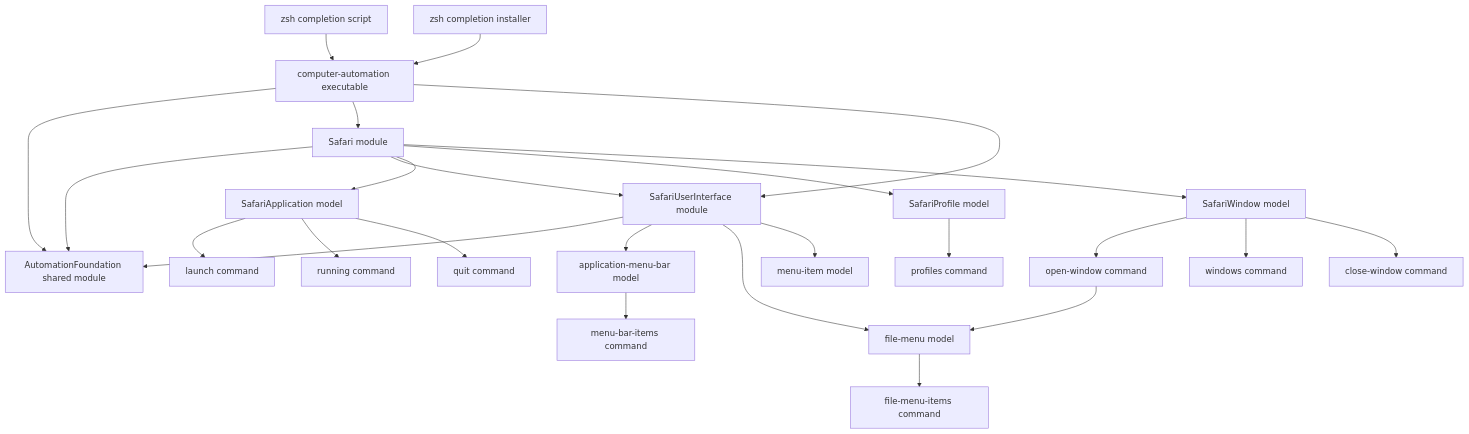
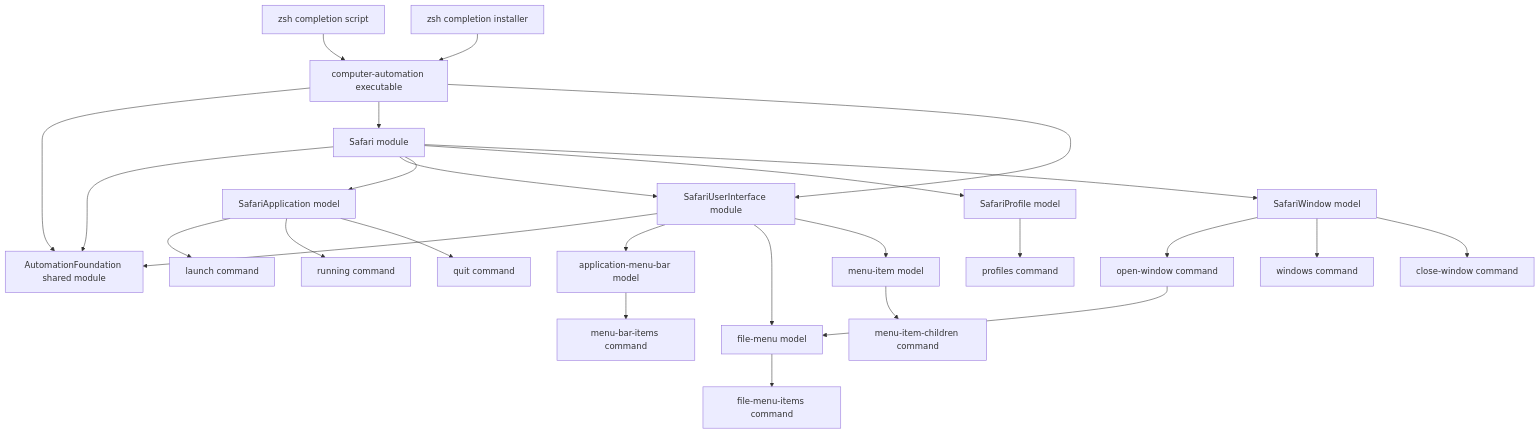
Before and after one commit to Glutexo/computer-automation: the diagram in docs/architecture.md, drawn with Mermaid. The commit also changed 10 other files, not shown here.

Commit message:
feat: add safari menu item children command

````diff
--- a/docs/architecture.md
+++ b/docs/architecture.md
@@ -5,49 +5,51 @@
 ```mermaid
 flowchart TD
     App["computer-automation executable"]
     Foundation["AutomationFoundation shared module"]
     Zsh["zsh completion script"]
     ZshInstaller["zsh completion installer"]
     Safari["Safari module"]
     SafariUI["SafariUserInterface module"]
     SafariApplication["SafariApplication model"]
     SafariProfile["SafariProfile model"]
     SafariWindow["SafariWindow model"]
     SafariMenuBar["application-menu-bar model"]
     SafariFileMenu["file-menu model"]
     SafariMenuItem["menu-item model"]
     MenuBarItems["menu-bar-items command"]
     FileMenuItems["file-menu-items command"]
+    MenuItemChildren["menu-item-children command"]
     Launch["launch command"]
     Running["running command"]
     Quit["quit command"]
     Profiles["profiles command"]
     WindowOpen["open-window command"]
     Windows["windows command"]
     WindowClose["close-window command"]
 
     App --> Foundation
     Zsh --> App
     ZshInstaller --> App
     App --> Safari
     App --> SafariUI
     Safari --> Foundation
     Safari --> SafariUI
     SafariUI --> Foundation
     Safari --> SafariApplication
     Safari --> SafariProfile
     Safari --> SafariWindow
     SafariUI --> SafariMenuBar
     SafariUI --> SafariFileMenu
     SafariUI --> SafariMenuItem
     SafariMenuBar --> MenuBarItems
     SafariFileMenu --> FileMenuItems
+    SafariMenuItem --> MenuItemChildren
     SafariApplication --> Launch
     SafariApplication --> Running
     SafariApplication --> Quit
     SafariProfile --> Profiles
     SafariWindow --> WindowOpen
     SafariWindow --> Windows
     SafariWindow --> WindowClose
     WindowOpen --> SafariFileMenu
 ```
````
